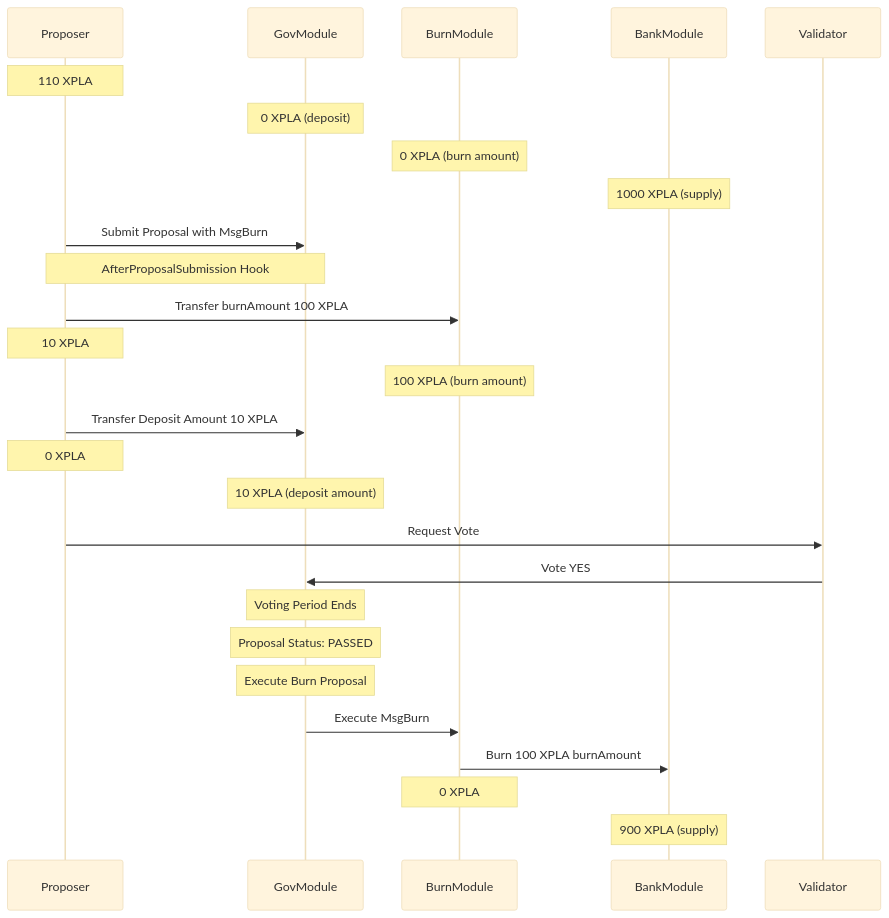
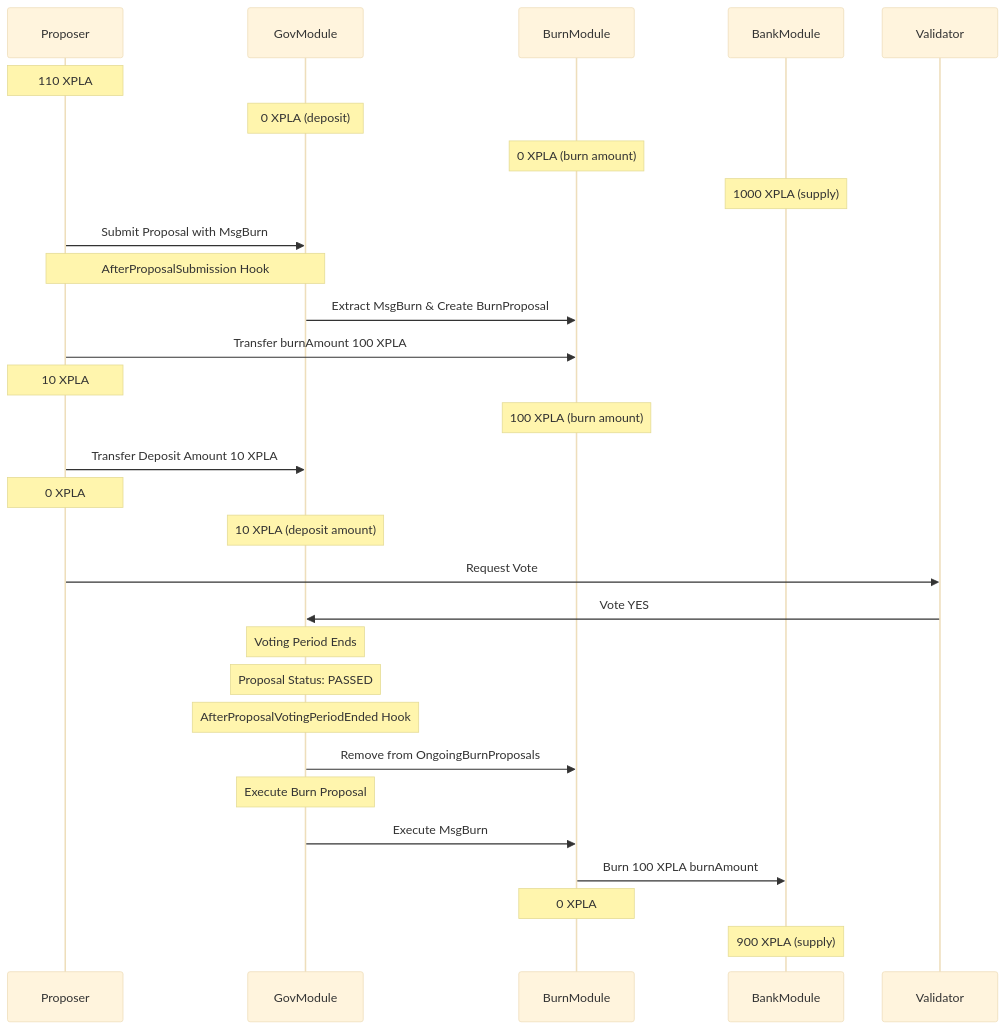
One commit to xpladev/docs changed the diagram in content/en/develop/develop/core-modules/burn.md. Above: the diagram before and after it, drawn with Mermaid (base theme). The commit also changed other lines of this file, not shown here.

Commit message:
fix: burn flow

```diff
--- a/content/en/develop/develop/core-modules/burn.md
+++ b/content/en/develop/develop/core-modules/burn.md
@@ -95,36 +162,39 @@
 {{< mermaid >}}
 sequenceDiagram
     participant Proposer
     participant GovModule
     participant BurnModule
     participant BankModule
     participant Validator
 
     Note over Proposer: 110 XPLA
     Note over GovModule: 0 XPLA (deposit)
     Note over BurnModule: 0 XPLA (burn amount)
     Note over BankModule: 1000 XPLA (supply)
 
     Proposer->>GovModule: Submit Proposal with MsgBurn
     
     Note over Proposer, GovModule: AfterProposalSubmission Hook
+    GovModule->>BurnModule: Extract MsgBurn & Create BurnProposal
     Proposer->>BurnModule: Transfer burnAmount 100 XPLA 
     Note over Proposer: 10 XPLA
     Note over BurnModule: 100 XPLA (burn amount)
 
     Proposer->>GovModule: Transfer Deposit Amount 10 XPLA 
     Note over Proposer: 0 XPLA
     Note over GovModule: 10 XPLA (deposit amount)
 
     Proposer->>Validator: Request Vote
     Validator->>GovModule: Vote YES
     
     Note over GovModule: Voting Period Ends
     Note over GovModule: Proposal Status: PASSED
 
+    Note over GovModule: AfterProposalVotingPeriodEnded Hook
+    GovModule->>BurnModule: Remove from OngoingBurnProposals
     Note over GovModule: Execute Burn Proposal
     GovModule->>BurnModule: Execute MsgBurn
     BurnModule->>BankModule: Burn 100 XPLA burnAmount
     Note over BurnModule: 0 XPLA
     Note over BankModule: 900 XPLA (supply)
 {{< /mermaid >}}
```
